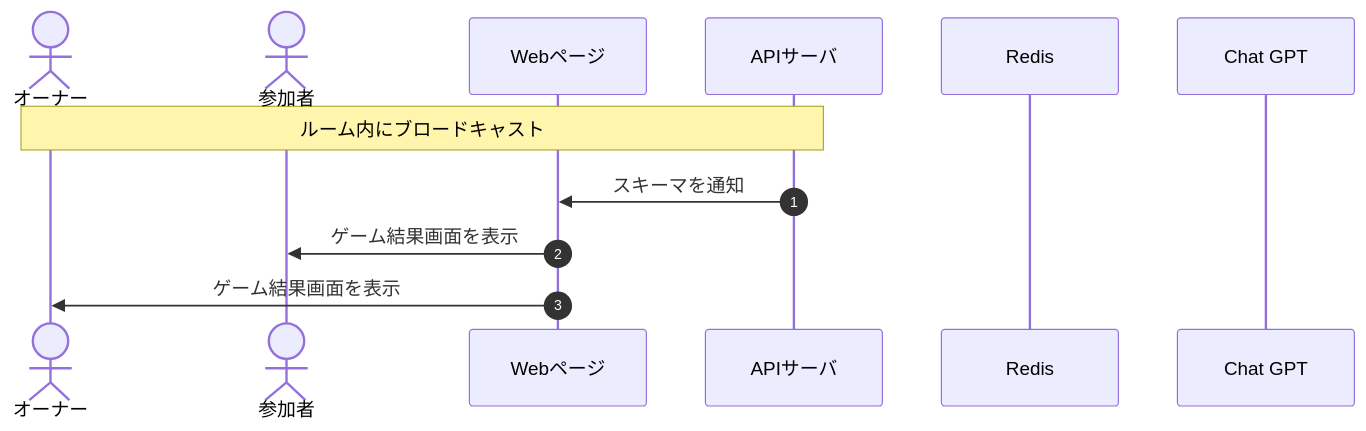
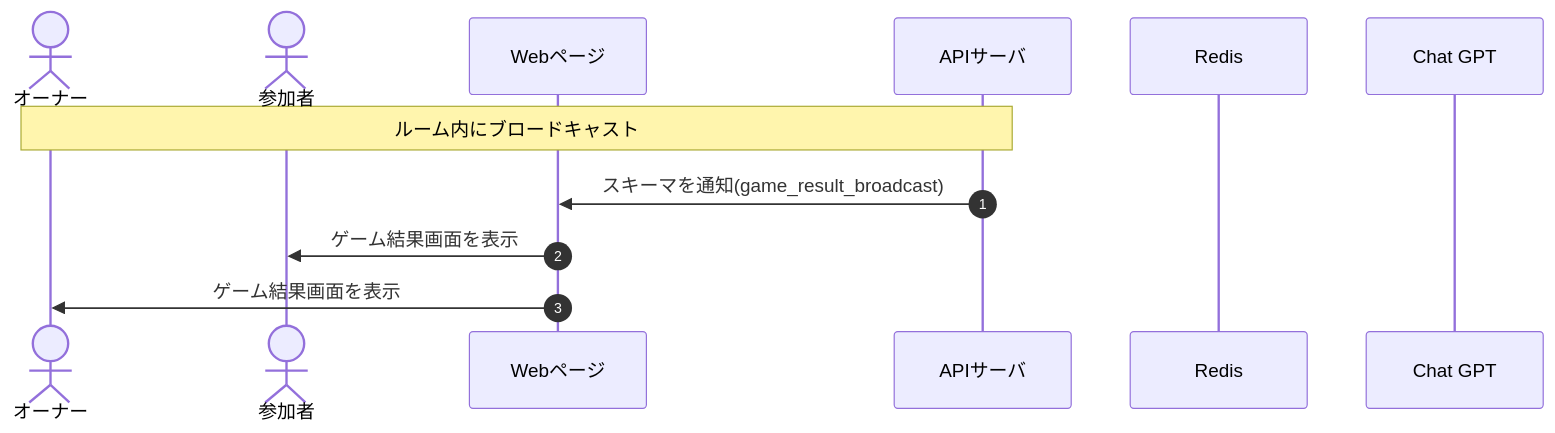
The diagram in docs/DesignDog/11_ゲーム結果.md (Tanakaryuki/chat_wolf), drawn with Mermaid before and after one commit. The commit also changed other lines of this file and 29 other files, not shown here.

Commit message:
docs: 📄 fix Design Doc schema

````diff
--- a/docs/DesignDog/11_ゲーム結果.md
+++ b/docs/DesignDog/11_ゲーム結果.md
@@ -11,15 +11,15 @@
 ```mermaid
 sequenceDiagram
     autonumber
     actor owner as オーナー
     actor participants as 参加者
     participant front as Webページ
     participant api as APIサーバ
     participant db as Redis
     participant ai as Chat GPT
 
     Note over owner,api: ルーム内にブロードキャスト
-    api->>front: スキーマを通知
+    api->>front: スキーマを通知(game_result_broadcast)
     front->>participants: ゲーム結果画面を表示
     front->>owner: ゲーム結果画面を表示
 ```
````
